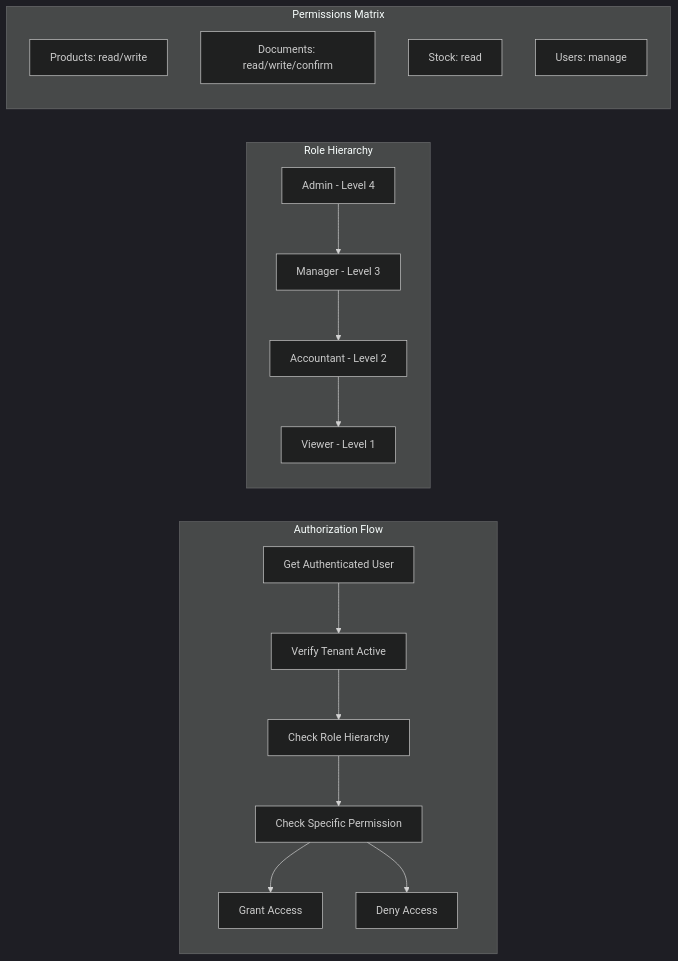
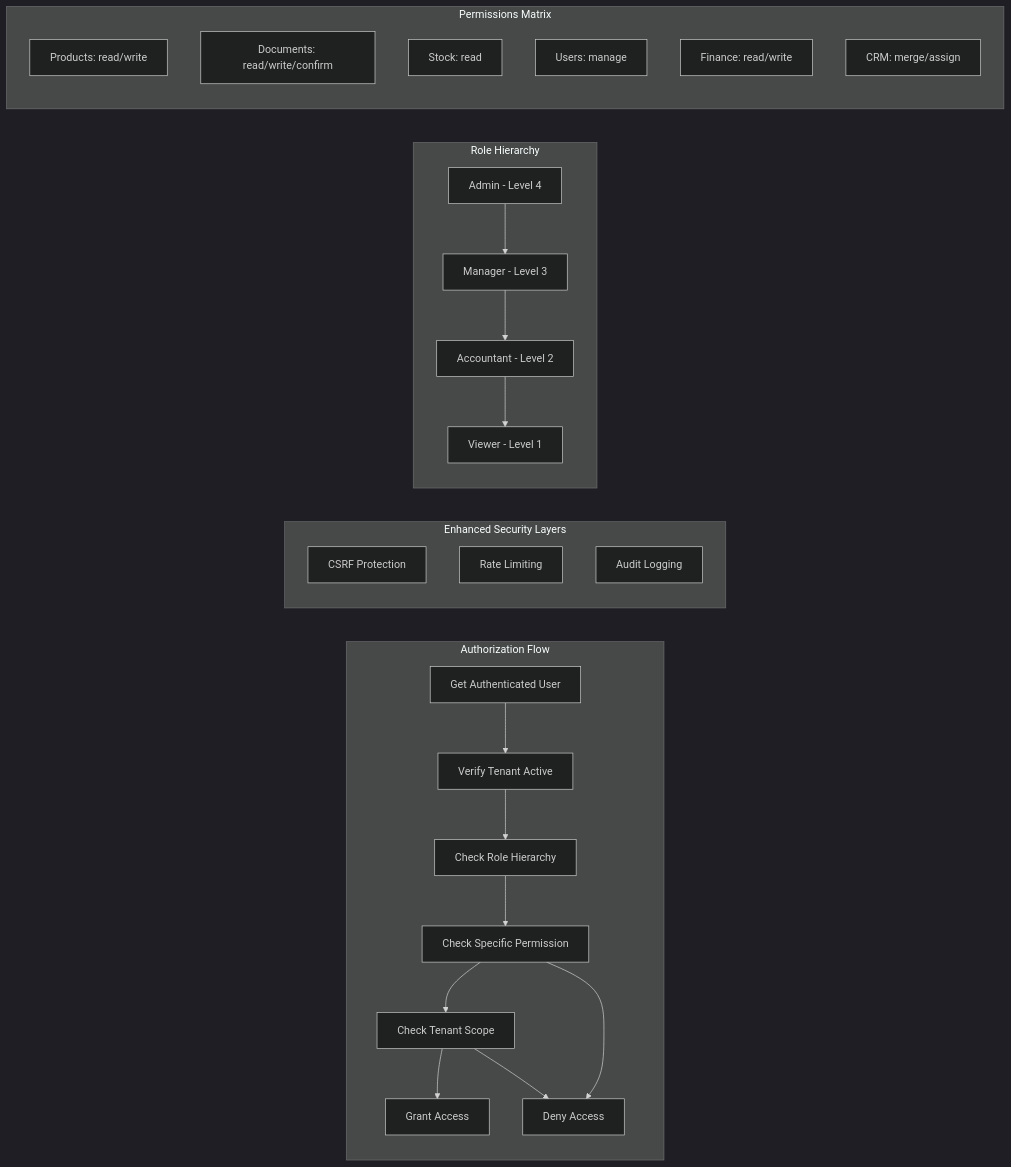
Before and after one commit to nzey11/erp-new: diagram 11 of 13 in .qoder/repowiki/en/content/Architecture Overview/Multi-Tenant Architecture.md, drawn with Mermaid (dark theme). The commit also changed other lines of this file and 46 other files, not shown here.

````diff
--- a/.qoder/repowiki/en/content/Architecture Overview/Multi-Tenant Architecture.md
+++ b/.qoder/repowiki/en/content/Architecture Overview/Multi-Tenant Architecture.md
@@ -282,25 +623,34 @@
 ```mermaid
 flowchart LR
 subgraph "Authorization Flow"
 GetUser[Get Authenticated User] --> CheckTenant[Verify Tenant Active]
 CheckTenant --> CheckRole[Check Role Hierarchy]
 CheckRole --> CheckPermission[Check Specific Permission]
-CheckPermission --> Allow[Grant Access]
+CheckPermission --> CheckTenantScope[Check Tenant Scope]
+CheckTenantScope --> Allow[Grant Access]
 CheckPermission --> Deny[Deny Access]
+CheckTenantScope --> Deny
+end
+subgraph "Enhanced Security Layers"
+CSRF[CSRF Protection]
+RateLimit[Rate Limiting]
+Audit[Audit Logging]
 end
 subgraph "Role Hierarchy"
 Admin[Admin - Level 4]
 Manager[Manager - Level 3]
 Accountant[Accountant - Level 2]
 Viewer[Viewer - Level 1]
 end
 subgraph "Permissions Matrix"
 Products[Products: read/write]
 Documents[Documents: read/write/confirm]
 Stock[Stock: read]
 Users[Users: manage]
+Finance[Finance: read/write]
+CRM[CRM: merge/assign]
 end
 Admin --> Manager
 Manager --> Accountant
 Accountant --> Viewer
 ```
````
